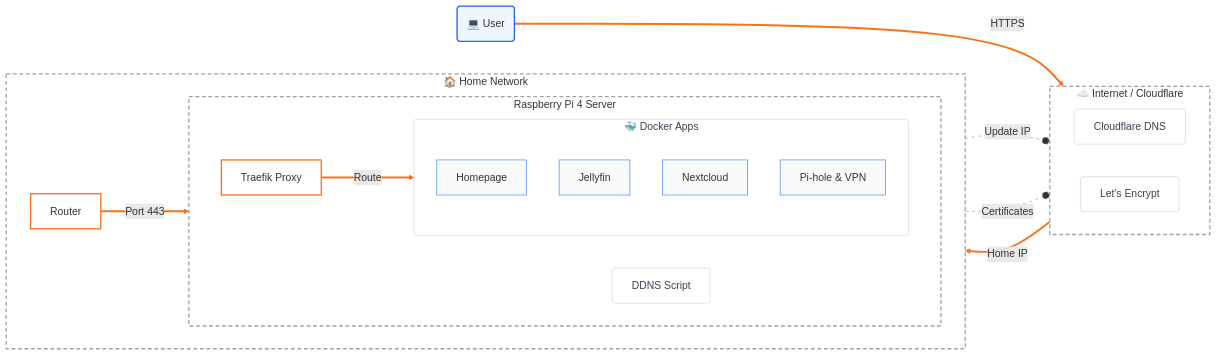
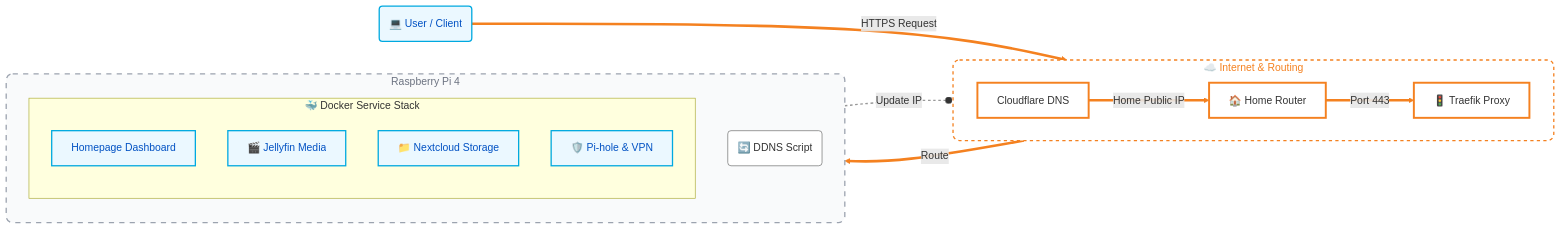
One commit to charan-altro/self-host-lab changed the diagram in README.md. Above: the diagram before and after it, drawn with Mermaid.

````diff
--- a/README.md
+++ b/README.md
@@ -10,69 +10,68 @@
 ```mermaid
 flowchart LR
-    %% --- THEME SETTINGS ---
-    %% Force white backgrounds and dark text for a "Document" look
-    classDef base fill:#ffffff,stroke:#D1D5DB,stroke-width:1px,color:#374151,font-family:sans-serif,rx:4,ry:4
+    %% --- THEME: CLOUDFLARE STYLE ---
+    %% 1. Basic White Node
+    classDef base fill:#fff,stroke:#666,stroke-width:1px,color:#333,rx:5,ry:5
     
-    %% Specific Colors based on your reference image
-    classDef user fill:#EFF6FF,stroke:#2563EB,stroke-width:2px,color:#1E3A8A %% Blue Client
-    classDef orangeBox fill:#ffffff,stroke:#F97316,stroke-width:2px,color:#C2410C %% Orange/Important
-    classDef blueBox fill:#F8FAFC,stroke:#3B82F6,stroke-width:1px,color:#1E3A8A %% Blue/Apps
-    classDef dashedBox fill:#ffffff,stroke:#9CA3AF,stroke-width:2px,stroke-dasharray: 6 4,color:#6B7280 %% Dashed Containers
+    %% 2. The "Client" and "Destination" (Blue Theme)
+    classDef blueNode fill:#EBF8FF,stroke:#00A9E0,stroke-width:2px,color:#0051C3
     
-    %% --- GRAPH STRUCTURE ---
+    %% 3. The "Network Middle" (Orange Theme - Active Path)
+    classDef orangeNode fill:#fff,stroke:#F48120,stroke-width:3px,color:#333
     
-    %% 1. The Client
-    User(💻 User):::user
+    %% 4. Containers/Groups (Dashed Orange or Blue)
+    classDef container fill:#fff,stroke:#F48120,stroke-width:2px,stroke-dasharray: 5 5,color:#F48120,rx:10,ry:10
+    classDef homeContainer fill:#F9FAFB,stroke:#9CA3AF,stroke-width:2px,stroke-dasharray: 8 8,color:#6B7280,rx:10,ry:10
 
-    %% 2. The Internet Layer (Dashed Container)
-    subgraph Internet ["☁️ Internet / Cloudflare"]
+    %% --- STRUCTURE ---
+
+    %% A. The User (Start)
+    User("💻 User / Client"):::blueNode
+
+    %% B. The Network (Middle Section)
+    subgraph Network ["☁️ Internet & Routing"]
         direction LR
-        DNS["Cloudflare DNS"]:::base
-        LetsEncrypt["Let's Encrypt"]:::base
+        DNS["Cloudflare DNS"]:::orangeNode
+        Router["🏠 Home Router"]:::orangeNode
+        Traefik["🚦 Traefik Proxy"]:::orangeNode
     end
 
-    %% 3. The Home Network (Large Blue Container)
-    subgraph Home ["🏠 Home Network"]
-        direction LR
-        Router["Router"]:::orangeBox
+    %% C. The Destination (End)
+    subgraph Server ["Raspberry Pi 4"]
+        direction TB
+        %% This invisible node helps align the title or structure if needed
         
-        %% 4. The Server (Orange Container)
-        subgraph Pi ["Raspberry Pi 4 Server"]
-            direction LR
-            Traefik["Traefik Proxy"]:::orangeBox
-            DDNS["DDNS Script"]:::base
-            
-            %% 5. Apps (Compact Stack)
-            subgraph Apps ["🐳 Docker Apps"]
-                direction TB
-                Homepage["Homepage"]:::blueBox
-                Media["Jellyfin"]:::blueBox
-                Files["Nextcloud"]:::blueBox
-                Network["Pi-hole & VPN"]:::blueBox
-            end
+        subgraph Apps ["🐳 Docker Service Stack"]
+            direction TB
+            %% Stacking these looks like the 'Server Rack' in your reference image
+            Homepage["Homepage Dashboard"]:::blueNode
+            Jellyfin["🎬 Jellyfin Media"]:::blueNode
+            Nextcloud["📁 Nextcloud Storage"]:::blueNode
+            PiHole["🛡️ Pi-hole & VPN"]:::blueNode
         end
+        
+        %% Sidecar Scripts (Helper)
+        DDNS("🔄 DDNS Script"):::base
     end
 
-    %% --- CONNECTIONS (Straight & Clean) ---
-    %% Main "Golden Path" (Thick Orange)
-    User ==>|HTTPS| DNS
-    DNS ==>|Home IP| Router
+    %% --- CONNECTIONS ---
+    
+    %% 1. The "Golden Path" (Thick Orange Line) represents the Request Flow
+    User ==>|HTTPS Request| DNS
+    DNS ==>|Home Public IP| Router
     Router ==>|Port 443| Traefik
     Traefik ==>|Route| Apps
 
-    %% Secondary Helper Lines (Dashed Gray)
+    %% 2. Maintenance Links (Dotted/Grey)
     DDNS -.-o|Update IP| DNS
-    Traefik -.-o|Certificates| LetsEncrypt
 
-    %% --- STYLING THE CONTAINERS ---
-    class Internet dashedBox
-    class Home dashedBox
-    class Pi dashedBox
-    class Apps base
-
-    %% --- COLORING THE LINES ---
-    %% 0,1,2,3 are the main data path (Orange)
-    linkStyle 0,1,2,3 stroke:#F97316,stroke-width:3px,fill:none
-    %% 4,5 are helper lines (Gray)
-    linkStyle 4,5 stroke:#9CA3AF,stroke-width:1px,stroke-dasharray: 5 5
+    %% --- STYLING APPLICATION ---
+    class Network container
+    class Server homeContainer
+    
+    %% Style the Main Flow lines (0,1,2,3) to be Orange and Thick
+    linkStyle 0,1,2,3 stroke:#F48120,stroke-width:4px,fill:none
+    
+    %% Style the Helper line (4) to be Grey
+    linkStyle 4 stroke:#999,stroke-width:2px,stroke-dasharray: 4 4
 ```
````
